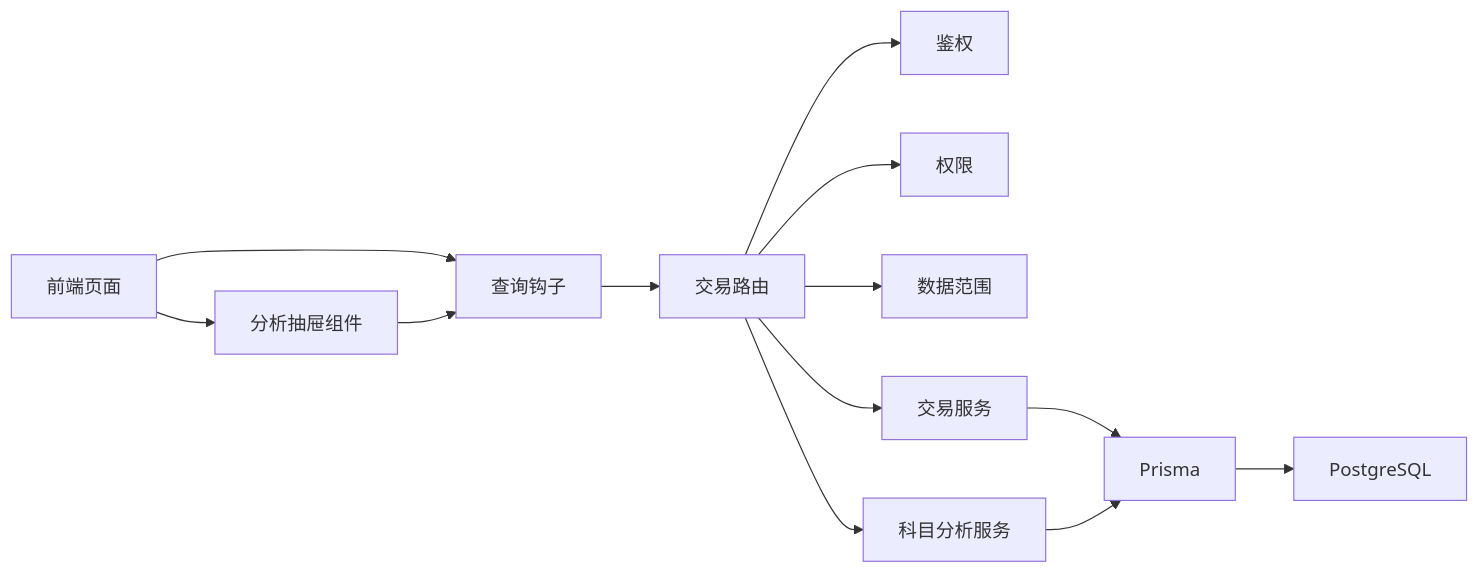
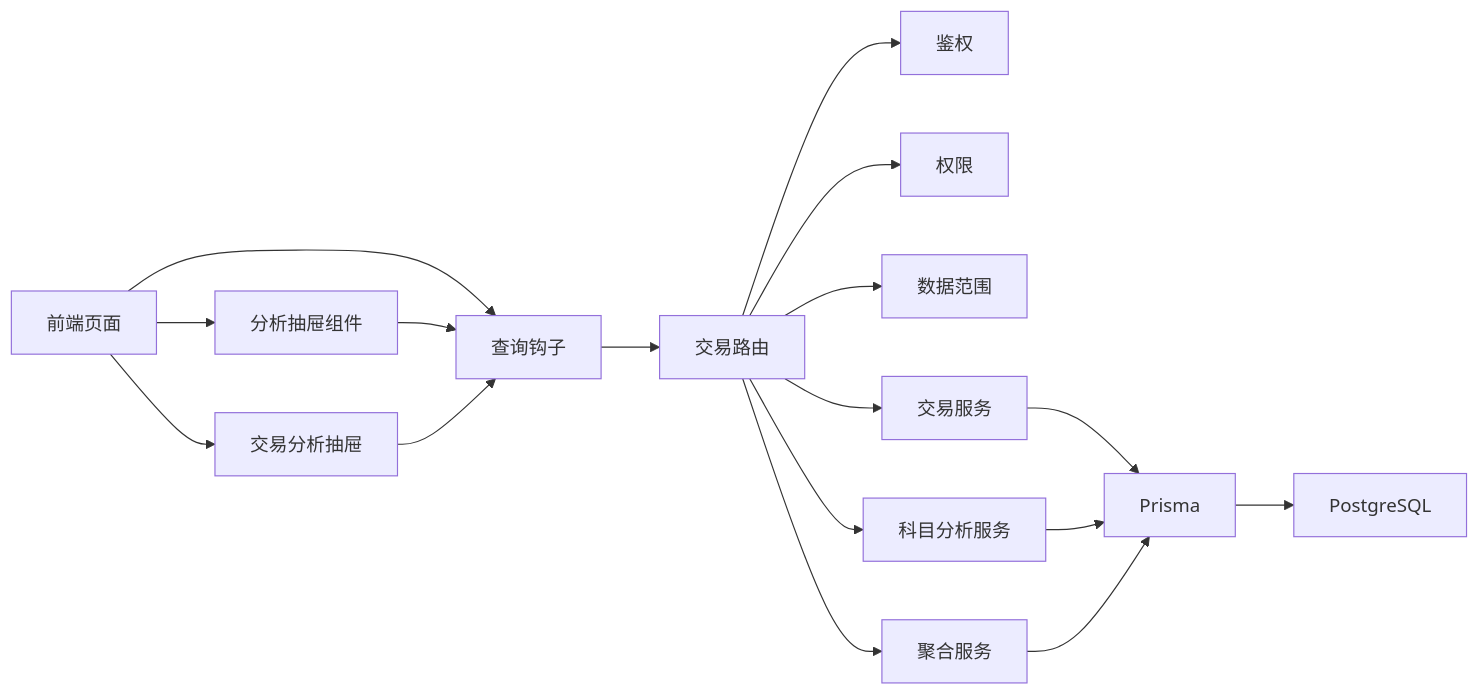
The tenth of 10 diagrams in .qoder/repowiki/zh/content/核心模块/交易分析模块.md (Damao997/newproject), drawn with Mermaid before and after one commit. The commit also changed other lines of this file and 22 other files, not shown here.

````diff
--- a/.qoder/repowiki/zh/content/核心模块/交易分析模块.md
+++ b/.qoder/repowiki/zh/content/核心模块/交易分析模块.md
@@ -503,15 +570,19 @@
 ```mermaid
 graph LR
 FE_Page["前端页面"] --> FE_Drawer["分析抽屉组件"]
+FE_Page --> FE_TxnDrawer["交易分析抽屉"]
 FE_Page --> FE_Hooks["查询钩子"]
 FE_Hooks --> BE_Route["交易路由"]
 FE_Drawer --> FE_Hooks
+FE_TxnDrawer --> FE_Hooks
 BE_Route --> BE_MW_Auth["鉴权"]
 BE_Route --> BE_MW_Permission["权限"]
 BE_Route --> BE_MW_Scope["数据范围"]
 BE_Route --> BE_Service["交易服务"]
 BE_Route --> BE_SubjectSvc["科目分析服务"]
+BE_Route --> BE_AggrSvc["聚合服务"]
 BE_Service --> BE_Prisma["Prisma"]
 BE_SubjectSvc --> BE_Prisma
+BE_AggrSvc --> BE_Prisma
 BE_Prisma --> DB["PostgreSQL"]
 ```
````
